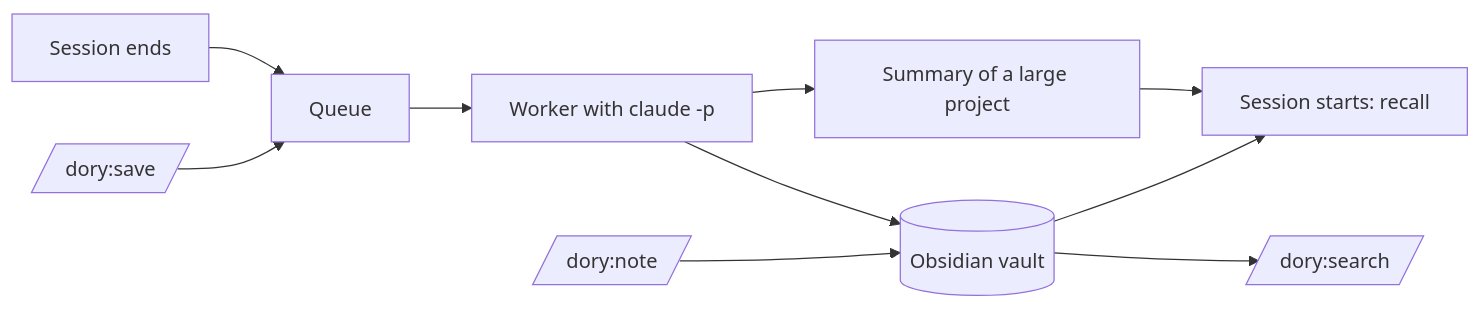
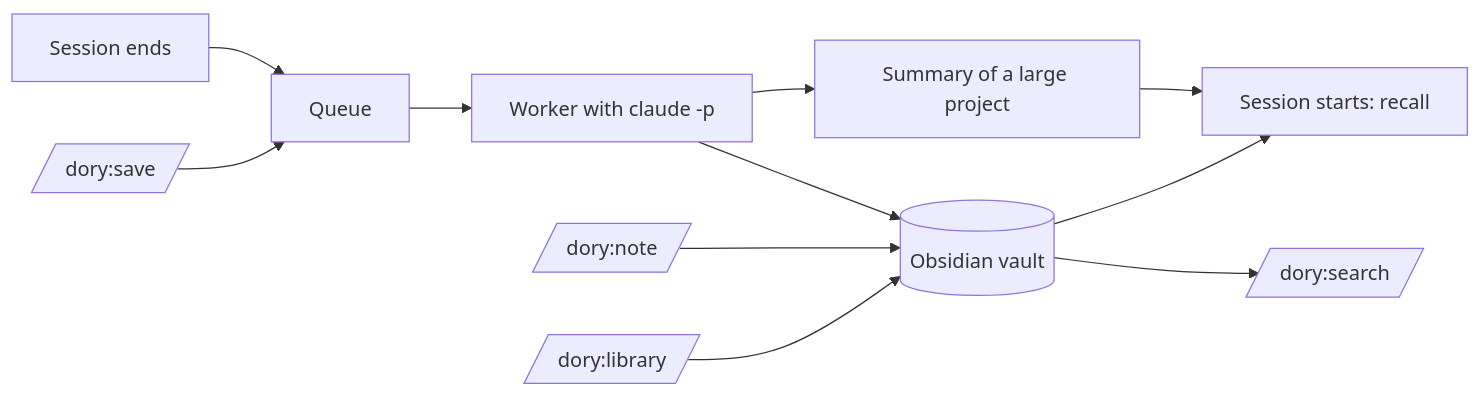
One commit to cheorges/dory changed the diagram in README.md. Above: the diagram before and after it, drawn with Mermaid. The commit also changed other lines of this file and 33 other files, not shown here.

First line of the commit message:
feat(library): file curated knowledge in library/ and guard it from /dory:note

````diff
--- a/README.md
+++ b/README.md
@@ -162,12 +183,13 @@
 ```mermaid
 flowchart LR
     End[Session ends] --> Queue[Queue]
     Save[/dory:save/] --> Queue
     Queue --> Worker[Worker with claude -p]
     Worker --> Vault[(Obsidian vault)]
     Worker --> Summary[Summary of a large project]
     Note[/dory:note/] --> Vault
+    Library[/dory:library/] --> Vault
     Summary --> Start[Session starts: recall]
     Vault --> Start
     Vault --> Search[/dory:search/]
 ```
````
